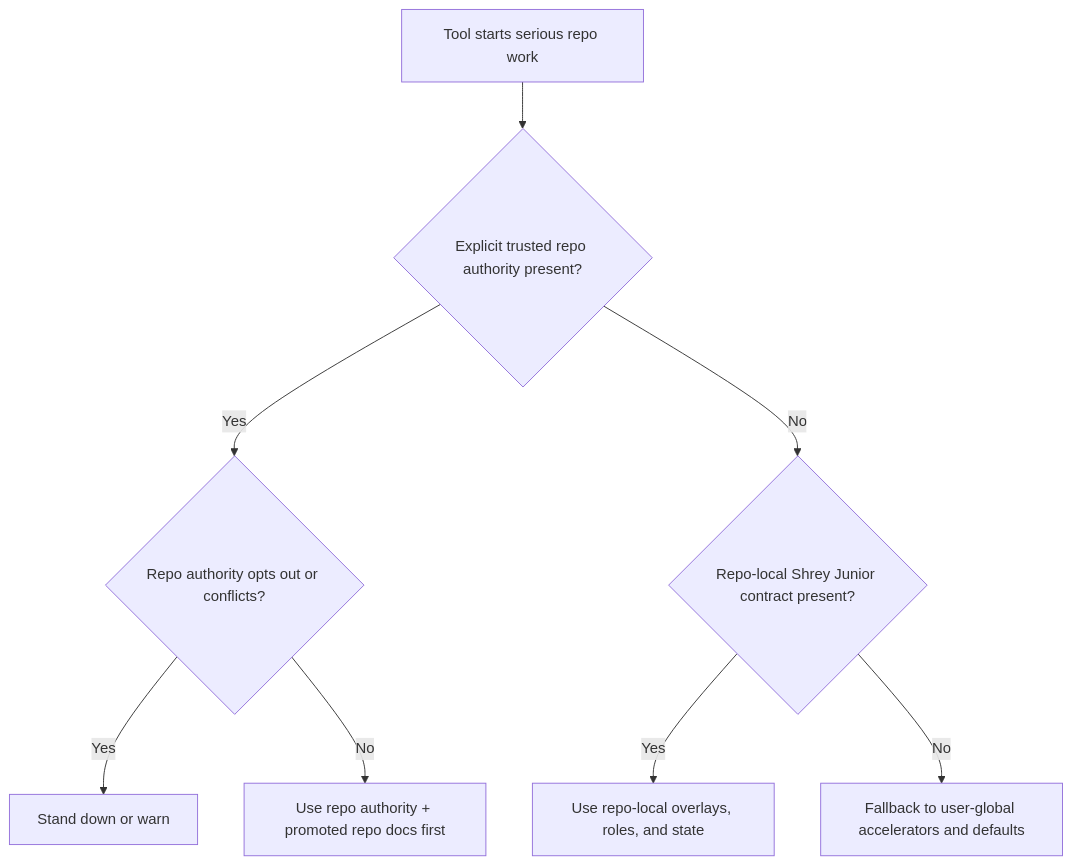
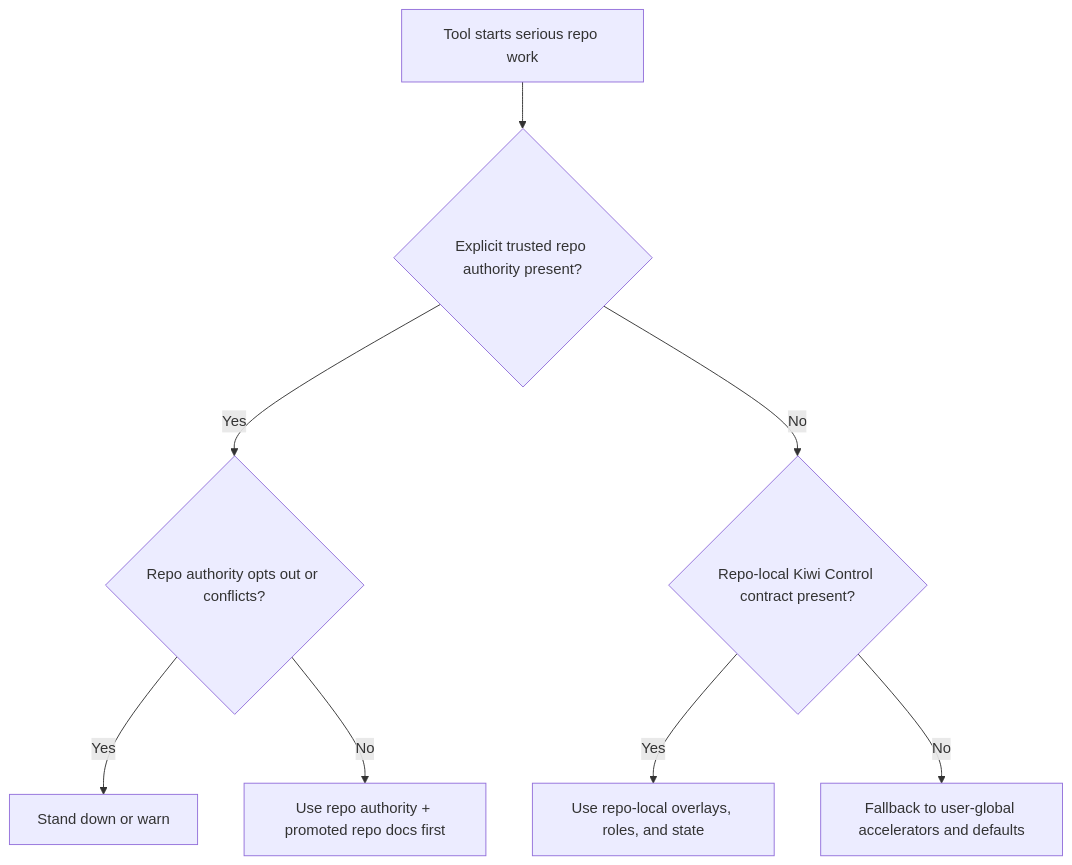
One commit to sonishrey9/kiwi_control changed the fourth of 8 diagrams in docs/technical-architecture.md. Above: the diagram before and after it, drawn with Mermaid. The commit also changed other lines of this file and 96 other files, not shown here.

````diff
--- a/docs/technical-architecture.md
+++ b/docs/technical-architecture.md
@@ -212,10 +212,10 @@
 ```mermaid
 flowchart TD
     S["Tool starts serious repo work"] --> A{"Explicit trusted repo authority present?"}
     A -- "Yes" --> B{"Repo authority opts out or conflicts?"}
     B -- "Yes" --> C["Stand down or warn"]
     B -- "No" --> D["Use repo authority + promoted repo docs first"]
-    A -- "No" --> E{"Repo-local Shrey Junior contract present?"}
+    A -- "No" --> E{"Repo-local Kiwi Control contract present?"}
     E -- "Yes" --> F["Use repo-local overlays, roles, and state"]
     E -- "No" --> G["Fallback to user-global accelerators and defaults"]
 ```
````
